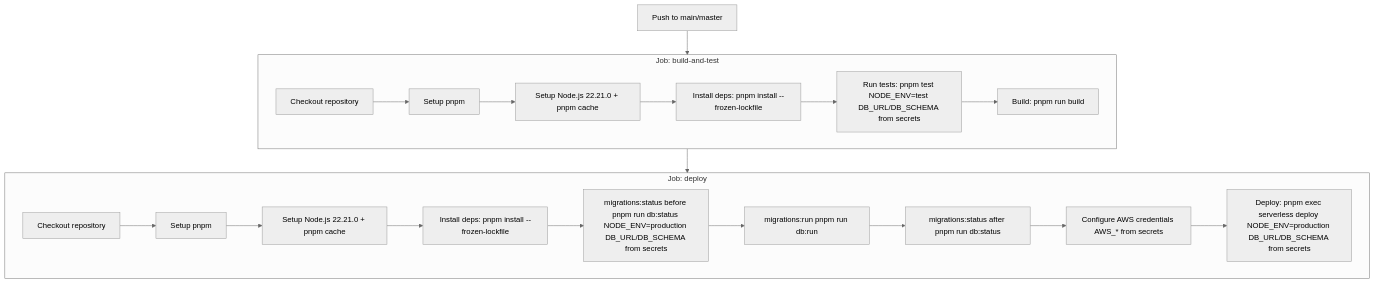
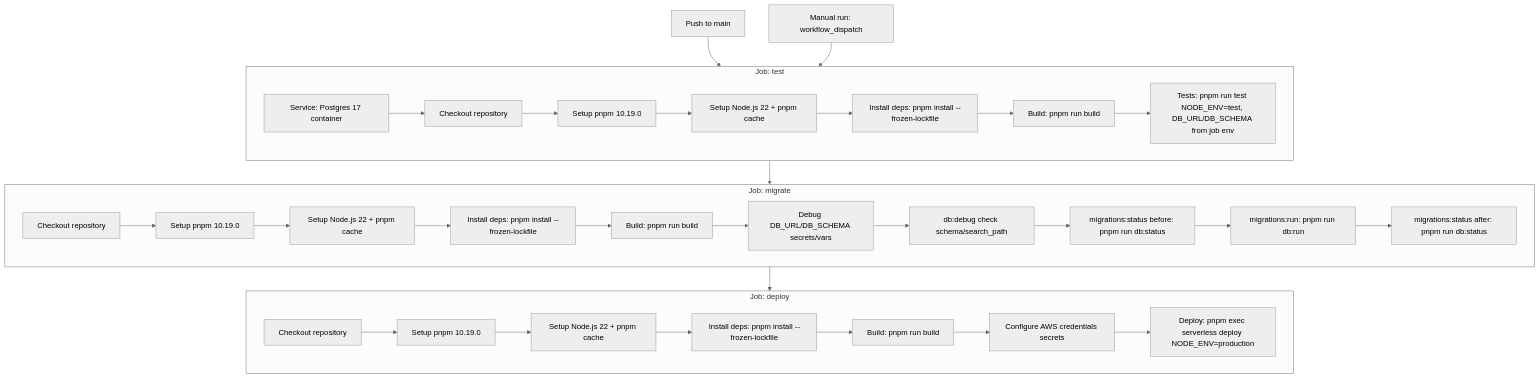
One commit to hitzu/taxdown-tech-challenge changed the second of 2 diagrams in README.md. Above: the diagram before and after it, drawn with Mermaid (neutral theme). The commit also changed other lines of this file, not shown here.

Commit message:
fix: documentation

````diff
--- a/README.md
+++ b/README.md
@@ -153,29 +153,45 @@
 ```mermaid
 flowchart TD
-  A[Push to main/master] --> CI
+  A[Push to main] --> T
+  B[Manual run: workflow_dispatch] --> T
 
-  subgraph CI[Job: build-and-test]
-    CI1[Checkout repository]
-    CI2[Setup pnpm]
-    CI3[Setup Node.js 22.21.0 + pnpm cache]
-    CI4[Install deps: pnpm install --frozen-lockfile]
-    CI5[Run tests: pnpm test NODE_ENV=test DB_URL/DB_SCHEMA from secrets]
-    CI6[Build: pnpm run build]
-    CI1 --> CI2 --> CI3 --> CI4 --> CI5 --> CI6
+  subgraph T[Job: test]
+    T0[Service: Postgres 17 container]
+    T1[Checkout repository]
+    T2[Setup pnpm 10.19.0]
+    T3[Setup Node.js 22 + pnpm cache]
+    T4[Install deps: pnpm install --frozen-lockfile]
+    T5[Build: pnpm run build]
+    T6[Tests: pnpm run test NODE_ENV=test, DB_URL/DB_SCHEMA from job env]
+    T0 --> T1 --> T2 --> T3 --> T4 --> T5 --> T6
   end
 
-  CI --> CD
+  T --> M
 
-  subgraph CD[Job: deploy]
+  subgraph M[Job: migrate]
+    M1[Checkout repository]
+    M2[Setup pnpm 10.19.0]
+    M3[Setup Node.js 22 + pnpm cache]
+    M4[Install deps: pnpm install --frozen-lockfile]
+    M5[Build: pnpm run build]
+    M6[Debug DB_URL/DB_SCHEMA secrets/vars]
+    M7[db:debug check schema/search_path]
+    M8[migrations:status before: pnpm run db:status]
+    M9[migrations:run: pnpm run db:run]
+    M10[migrations:status after: pnpm run db:status]
+    M1 --> M2 --> M3 --> M4 --> M5 --> M6 --> M7 --> M8 --> M9 --> M10
+  end
+
+  M --> D
+
+  subgraph D[Job: deploy ]
     D1[Checkout repository]
-    D2[Setup pnpm]
-    D3[Setup Node.js 22.21.0 + pnpm cache]
+    D2[Setup pnpm 10.19.0]
+    D3[Setup Node.js 22 + pnpm cache]
     D4[Install deps: pnpm install --frozen-lockfile]
-    D5[migrations:status before pnpm run db:status NODE_ENV=production DB_URL/DB_SCHEMA from secrets]
-    D6[migrations:run pnpm run db:run]
-    D7[migrations:status after pnpm run db:status]
-    D8[Configure AWS credentials AWS_* from secrets]
-    D9[Deploy: pnpm exec serverless deploy NODE_ENV=production DB_URL/DB_SCHEMA from secrets]
-    D1 --> D2 --> D3 --> D4 --> D5 --> D6 --> D7 --> D8 --> D9
+    D5[Build: pnpm run build]
+    D6[Configure AWS credentials secrets]
+    D7[Deploy: pnpm exec serverless deploy NODE_ENV=production]
+    D1 --> D2 --> D3 --> D4 --> D5 --> D6 --> D7
   end
 ```
````
